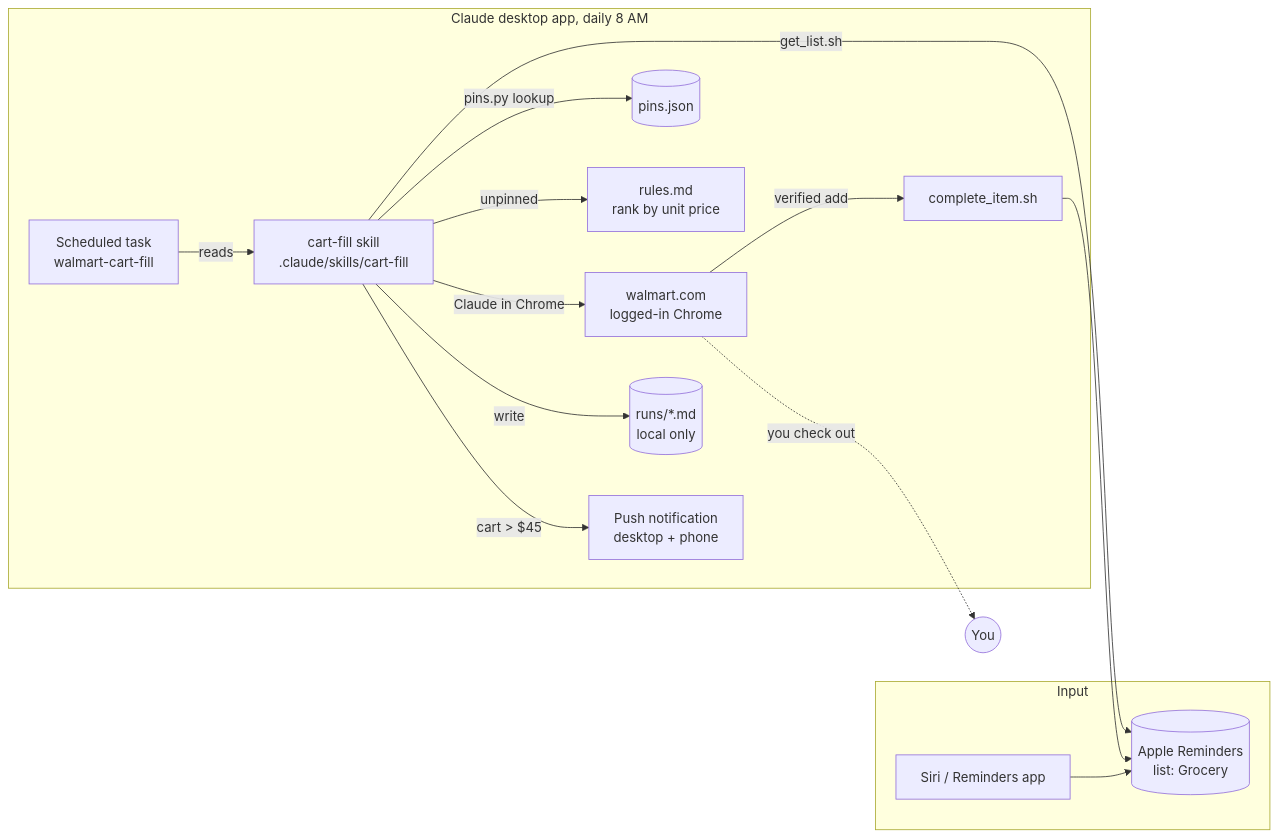
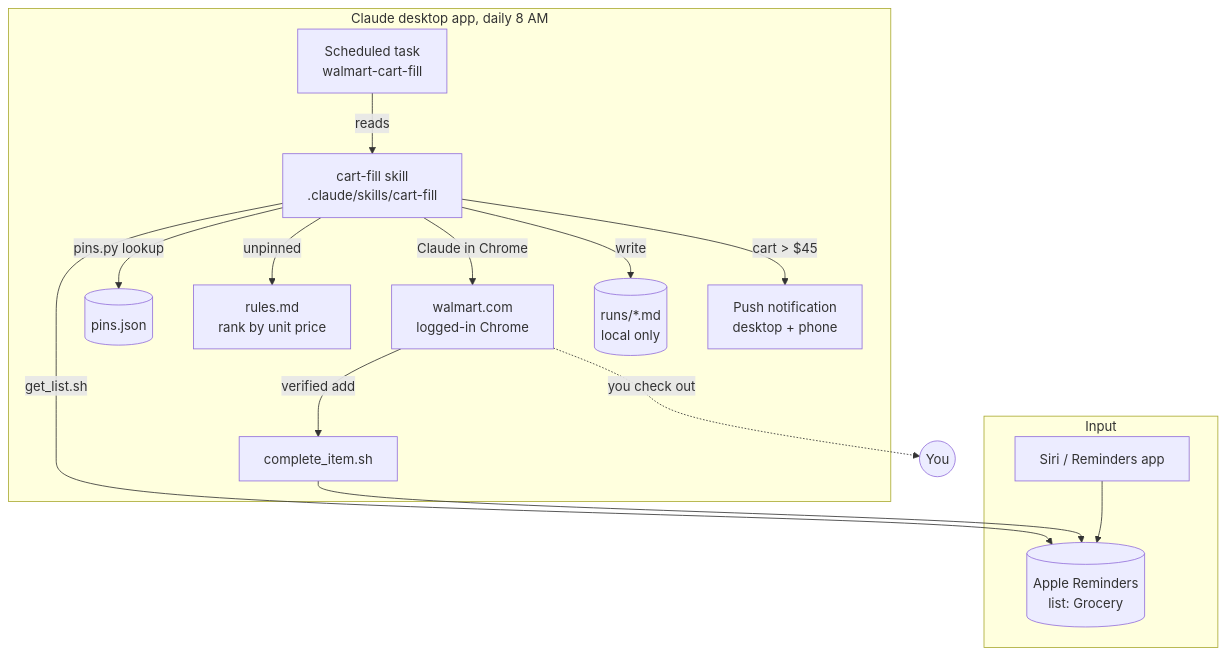
One commit to masteroflink/walmart-shopper changed the diagram in README.md. Above: the diagram before and after it, drawn with Mermaid.

Commit message:
README: top-down diagram layout

````diff
--- a/README.md
+++ b/README.md
@@ -7,20 +7,20 @@
 ```mermaid
-flowchart LR
+flowchart TB
     subgraph input [Input]
         Siri["Siri / Reminders app"] --> Rem[("Apple Reminders<br/>list: Grocery")]
     end
 
     subgraph app [Claude desktop app, daily 8 AM]
         Task["Scheduled task<br/>walmart-cart-fill"] -->|reads| Skill["cart-fill skill<br/>.claude/skills/cart-fill"]
         Skill -->|get_list.sh| Rem
         Skill -->|pins.py lookup| Pins[("pins.json")]
         Skill -->|unpinned| Rules["rules.md<br/>rank by unit price"]
         Skill -->|Claude in Chrome| Chrome["walmart.com<br/>logged-in Chrome"]
         Chrome -->|verified add| Done["complete_item.sh"]
         Done --> Rem
         Skill -->|write| Log[("runs/*.md<br/>local only")]
         Skill -->|cart > $45| Push["Push notification<br/>desktop + phone"]
     end
 
     Chrome -.->|you check out| You((You))
 ```
````
